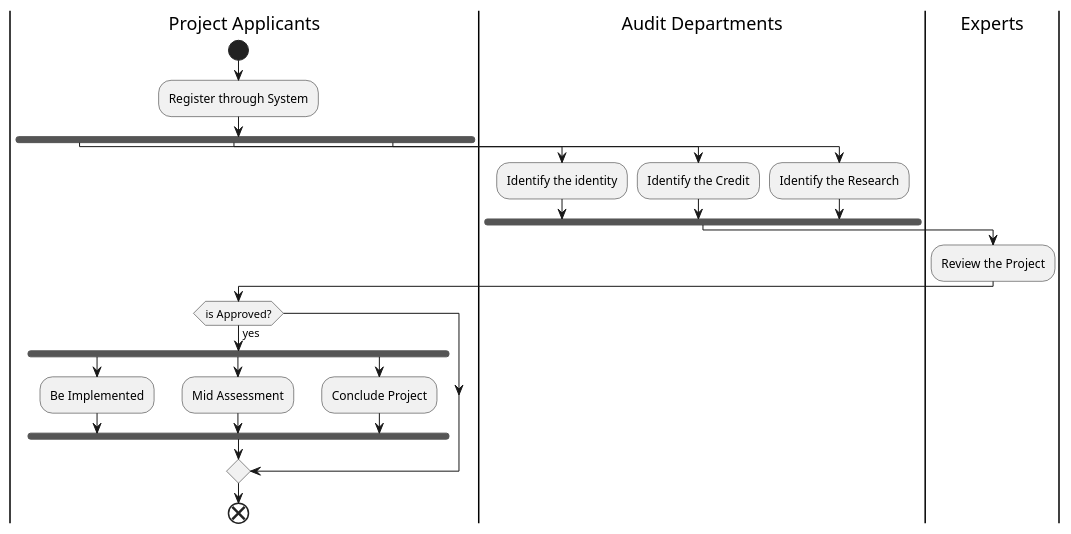
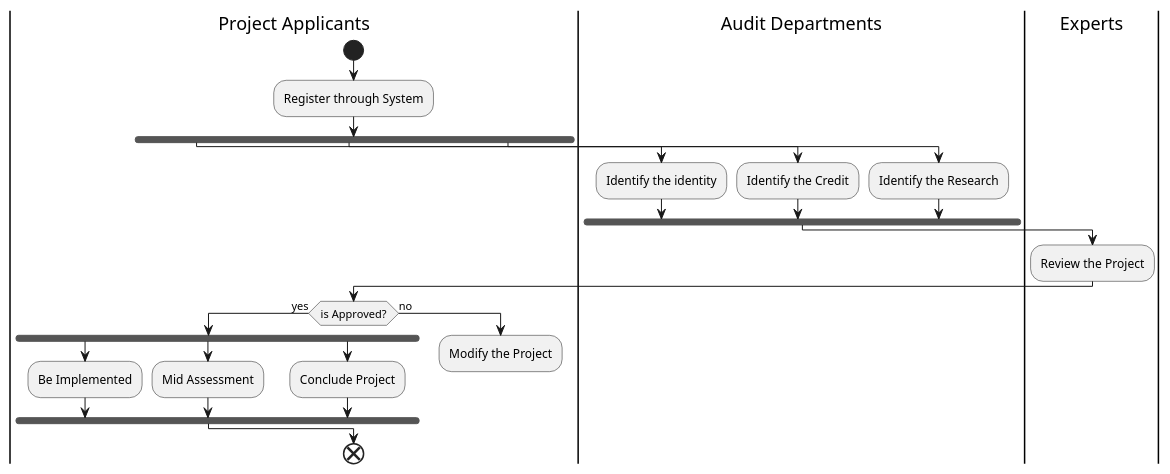
One commit to ACupofAir/SEU-Java-Course changed the diagram in UML/ActivityDiagram/ResearchProjectManagementSystem.wsd. Above: the diagram before and after it, drawn with PlantUML. The commit also changed 42 other files, not shown here.

```diff
--- a/UML/ActivityDiagram/ResearchProjectManagementSystem.wsd
+++ b/UML/ActivityDiagram/ResearchProjectManagementSystem.wsd
@@ -1,26 +1,29 @@
 @startuml ResearchProjectManagementSystem
 |Project Applicants|
 start              
-:Register through System;
-fork                
+:Register through System;    
+fork                         
 |Audit Departments|          
 :Identify the identity;      
 fork again                   
 :Identify the Credit;        
 fork again                   
 :Identify the Research;      
 end fork                     
 |Experts|                    
 :Review the Project;         
 |Project Applicants|         
 if (is Approved?) then (yes) 
-  fork              
-  :Be Implemented;  
-  fork again        
-  :Mid Assessment;          
-  fork again        
-  :Conclude Project;
-  end fork
-endif
-end     
+  fork                       
+  :Be Implemented;           
+  fork again                 
+  :Mid Assessment;           
+  fork again                 
+  :Conclude Project;         
+  end fork                   
+else (no)                    
+  :Modify the Project;       
+  detach                     
+endif                        
+end                          
 @enduml                      
```
